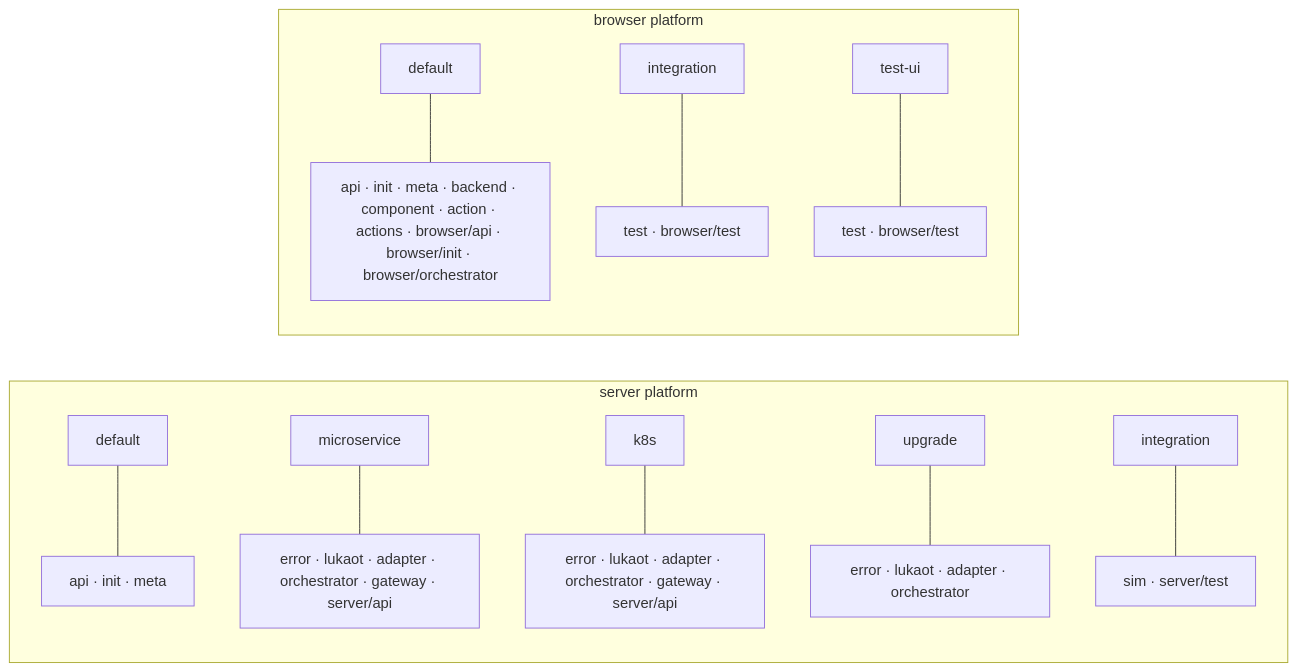
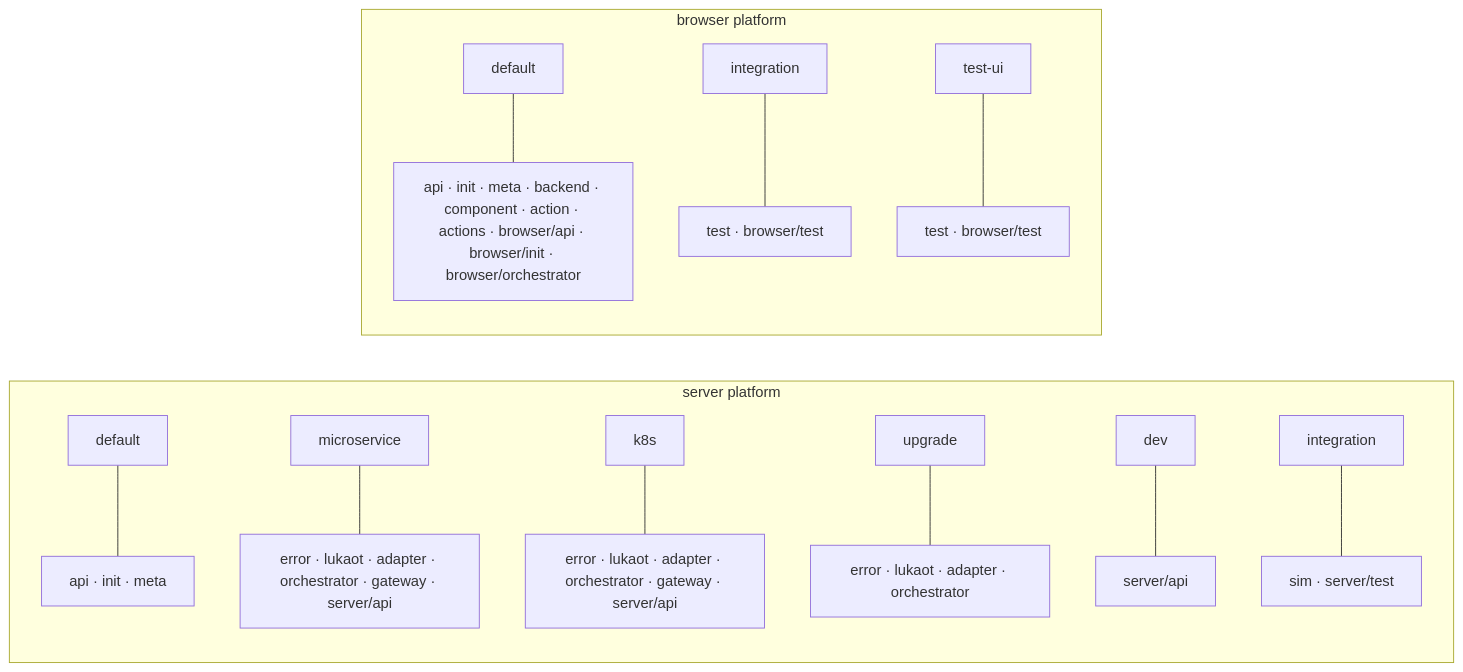
The diagram in docs/blong/docs/concepts/layer.md (feasibleone/blong), drawn with Mermaid before and after one commit. The commit also changed other lines of this file and 3 other files, not shown here.

````diff
--- a/docs/blong/docs/concepts/layer.md
+++ b/docs/blong/docs/concepts/layer.md
@@ -59,17 +59,18 @@
 ```mermaid
 flowchart LR
     subgraph SERVER["server platform"]
         direction TB
         server-default-intent["default"] --- server-default-layers["api · init · meta"]
         server-microservice-intent["microservice"] --- server-microservice-layers["error · lukaot · adapter · orchestrator · gateway · server/api"]
         server-k8s-intent["k8s"] --- server-k8s-layers["error · lukaot · adapter · orchestrator · gateway · server/api"]
         server-upgrade-intent["upgrade"] --- server-upgrade-layers["error · lukaot · adapter · orchestrator"]
+        server-dev-intent["dev"] --- server-dev-layers["server/api"]
         server-integration-intent["integration"] --- server-integration-layers["sim · server/test"]
     end
     subgraph BROWSER["browser platform"]
         direction TB
         browser-default-intent["default"] --- browser-default-layers["api · init · meta · backend · component · action · actions · browser/api · browser/init · browser/orchestrator"]
         browser-integration-intent["integration"] --- browser-integration-layers["test · browser/test"]
         browser-test-ui-intent["test-ui"] --- browser-test-ui-layers["test · browser/test"]
     end
 ```
````
